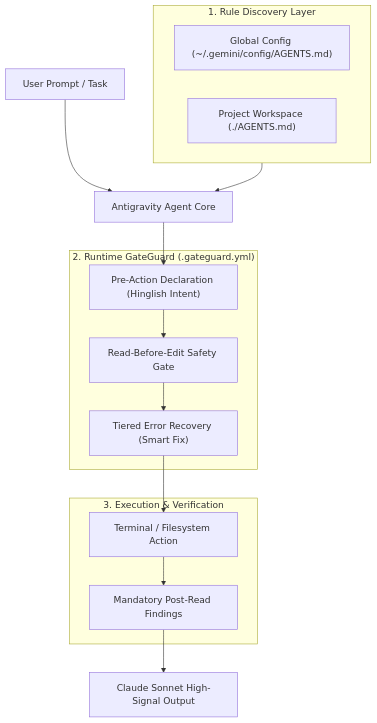
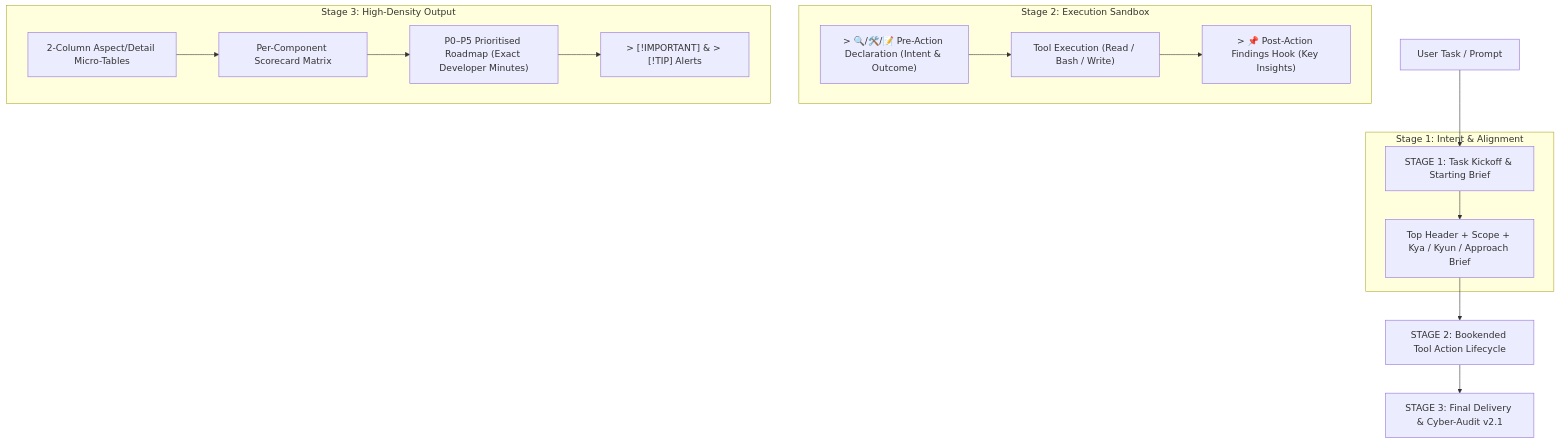
One commit to yousufkidiya17/agent-guardrails changed the diagram in README.md. Above: the diagram before and after it, drawn with Mermaid. The commit also changed other lines of this file and 5 other files, not shown here.

Commit message:
feat: upgrade to Claude Opus 3-Stage Lifecycle, Cyber-Audit v2.1, and Hookify runtime hooks

````diff
--- a/README.md
+++ b/README.md
@@ -45,30 +46,29 @@
 ```mermaid
 flowchart TD
-    User["User Prompt / Task"] --> Agent["Antigravity Agent Core"]
-
-    subgraph Discovery["1. Rule Discovery Layer"]
-        Global["Global Config (~/.gemini/config/AGENTS.md)"]
-        Workspace["Project Workspace (./AGENTS.md)"]
+    User["User Task / Prompt"] --> Stage1["STAGE 1: Task Kickoff & Starting Brief"]
+    
+    subgraph S1["Stage 1: Intent & Alignment"]
+        Stage1 --> Brief["Top Header + Scope + Kya / Kyun / Approach Brief"]
     end
-
-    Discovery --> Agent
-
-    subgraph Gates["2. Runtime GateGuard (.gateguard.yml)"]
-        PreAction["Pre-Action Declaration (Hinglish Intent)"]
-        ReadGate["Read-Before-Edit Safety Gate"]
-        TieredRec["Tiered Error Recovery (Smart Fix)"]
+    
+    Brief --> Stage2["STAGE 2: Bookended Tool Action Lifecycle"]
+    
+    subgraph S2["Stage 2: Execution Sandbox"]
+        PreAction["> 🔍/🛠️/📝 Pre-Action Declaration (Intent & Outcome)"]
+        ToolExec["Tool Execution (Read / Bash / Write)"]
+        PostAction["> 📌 Post-Action Findings Hook (Key Insights)"]
+        
+        PreAction --> ToolExec --> PostAction
     end
-
-    Agent --> PreAction
-    PreAction --> ReadGate
-    ReadGate --> TieredRec
-
-    subgraph Execution["3. Execution & Verification"]
-        Terminal["Terminal / Filesystem Action"]
-        PostRead["Mandatory Post-Read Findings"]
+    
+    Stage2 --> Stage3["STAGE 3: Final Delivery & Cyber-Audit v2.1"]
+    
+    subgraph S3["Stage 3: High-Density Output"]
+        MicroTables["2-Column Aspect/Detail Micro-Tables"]
+        Scorecard["Per-Component Scorecard Matrix"]
+        Roadmap["P0–P5 Prioritised Roadmap (Exact Developer Minutes)"]
+        Callouts["> [!IMPORTANT] & > [!TIP] Alerts"]
+        
+        MicroTables --> Scorecard --> Roadmap --> Callouts
     end
-
-    TieredRec --> Terminal
-    Terminal --> PostRead
-    PostRead --> Output["Claude Sonnet High-Signal Output"]
 ```
````
